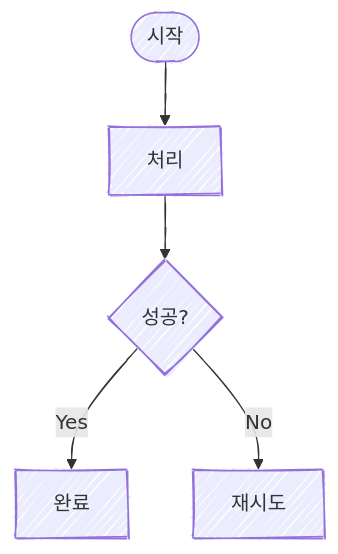
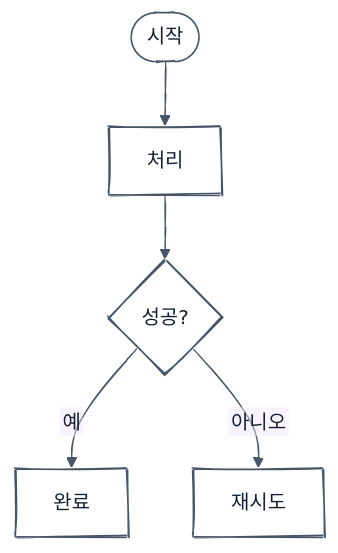
The diagram in plugins/wigtn-plugins-with-codex/skills/handdrawn-diagram/references/rendering.md (wigtn/wigtn-plugins-codex), drawn with Mermaid before and after one commit. The commit also changed other lines of this file and 28 other files, not shown here.

````diff
--- a/plugins/wigtn-plugins-with-codex/skills/handdrawn-diagram/references/rendering.md
+++ b/plugins/wigtn-plugins-with-codex/skills/handdrawn-diagram/references/rendering.md
@@ -5,14 +11,24 @@
 ```mermaid
 ---
 config:
   look: handDrawn
-  theme: default
+  theme: base
+  flowchart:
+    htmlLabels: false
   themeVariables:
     fontFamily: "Apple SD Gothic Neo, Malgun Gothic, Noto Sans KR, sans-serif"
+    primaryColor: "#FFFFFF"
+    primaryTextColor: "#172033"
+    primaryBorderColor: "#475569"
+    lineColor: "#475569"
+    secondaryColor: "#F3E8FF"
+    tertiaryColor: "#FFF7ED"
 ---
 flowchart TD
+  accTitle: 요청 처리 흐름
+  accDescr: 요청을 검사하고 성공 또는 재시도로 분기하는 흐름
   A(["시작"]) --> B["처리"]
   B --> C{"성공?"}
-  C -->|Yes| D["완료"]
-  C -->|No| E["재시도"]
+  C -->|"예"| D["완료"]
+  C -->|"아니오"| E["재시도"]
 ```
````
